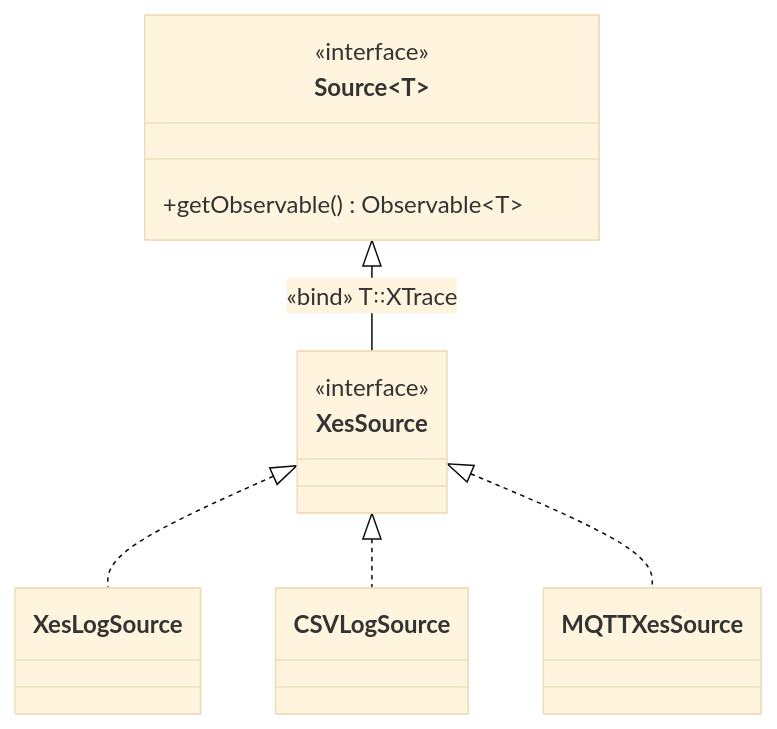
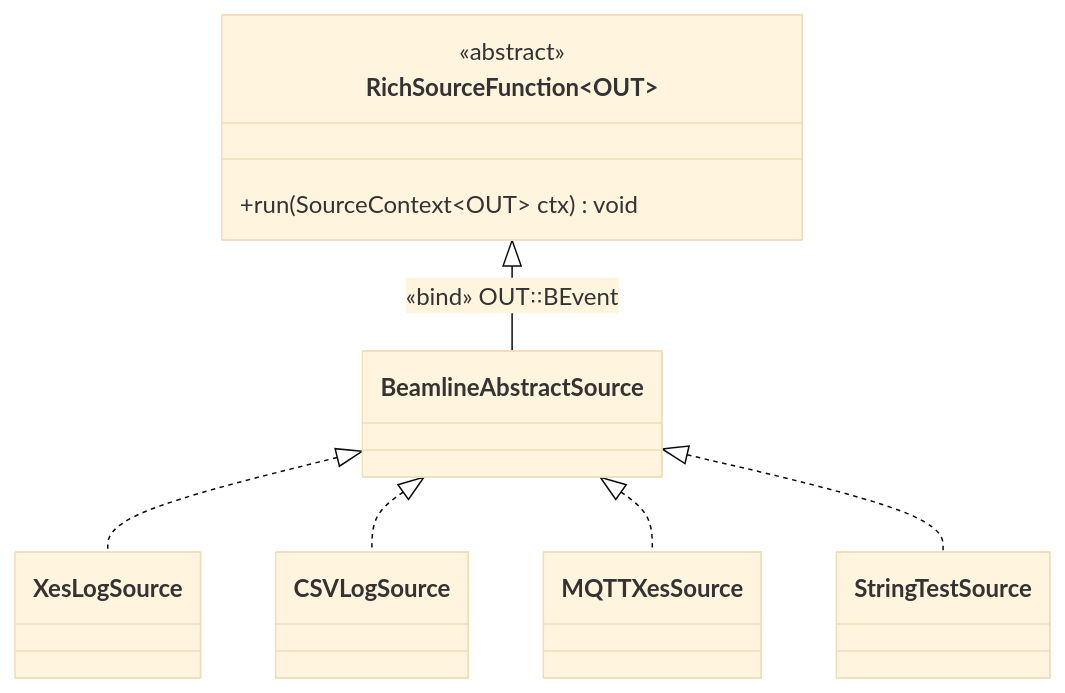
One commit to beamline/docs changed the second of 4 diagrams in docs/getting-started.md. Above: the diagram before and after it, drawn with Mermaid (base theme). The commit also changed other lines of this file, not shown here.

```diff
--- a/docs/getting-started.md
+++ b/docs/getting-started.md
@@ -87,11 +107,12 @@
 <div class="mermaid">
 classDiagram
-Source~T~ <|-- XesSource : &laquo;bind&raquo; T&#42889;&#42889;XTrace
-XesSource <|.. XesLogSource
-XesSource <|.. CSVLogSource
-XesSource <|.. MQTTXesSource
-Source : +getObservable() Observable~T~
+RichSourceFunction~OUT~ <|-- BeamlineAbstractSource : &laquo;bind&raquo; OUT&#42889;&#42889;BEvent
+BeamlineAbstractSource <|.. XesLogSource
+BeamlineAbstractSource <|.. CSVLogSource
+BeamlineAbstractSource <|.. MQTTXesSource
+BeamlineAbstractSource <|.. StringTestSource
+RichSourceFunction : +run(SourceContext~OUT~ ctx) void
 
-<< interface >> Source
-<< interface >> XesSource
+<< abstract >> RichSourceFunction
+BeamlineAbstractSource
 </div>
```
